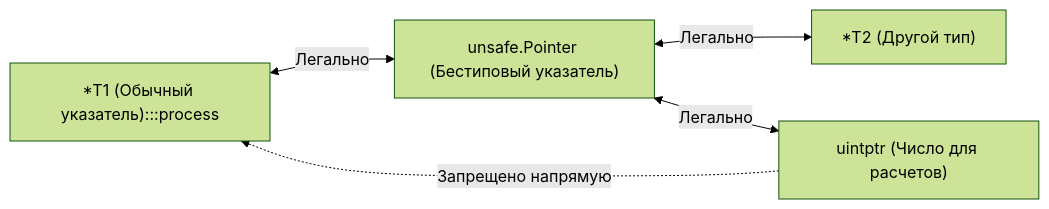
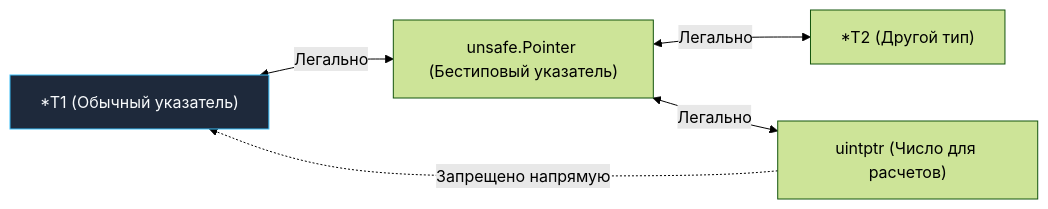
Before and after one commit to UnrealTemplier/go-textbook-ru: the first of 2 diagrams in sources/7. Глубокий Go (Внутреннее устройство)/38. Unsafe.Pointer и нарушение гарантий языка.md, drawn with Mermaid (forest theme). The commit also changed 166 other files, not shown here.

First line of the commit message:
fix(mermaid): move :::class out of quoted node labels

````diff
--- a/sources/7. Глубокий Go (Внутреннее устройство)/38. Unsafe.Pointer и нарушение гарантий языка.md
+++ b/sources/7. Глубокий Go (Внутреннее устройство)/38. Unsafe.Pointer и нарушение гарантий языка.md
@@ -17,17 +17,17 @@
 ```mermaid
 flowchart LR
     classDef process  fill:#1e293b,stroke:#38bdf8,stroke-width:1px,color:#f8fafc
     classDef success  fill:#064e3b,stroke:#34d399,stroke-width:1px,color:#f8fafc
     classDef error    fill:#7f1d1d,stroke:#f87171,stroke-width:1px,color:#f8fafc
     classDef warning  fill:#78350f,stroke:#fbbf24,stroke-width:1px,color:#f8fafc
     classDef entry    fill:#1e3a5f,stroke:#38bdf8,stroke-width:2px,color:#f8fafc
     classDef aux      fill:#334155,stroke:#64748b,stroke-width:1px,color:#f8fafc
     classDef system   fill:#312e81,stroke:#a78bfa,stroke-width:1px,color:#f8fafc
     classDef data     fill:#132d29,stroke:#2dd4bf,stroke-width:1px,color:#f8fafc
     classDef network  fill:#881337,stroke:#fb7185,stroke-width:1px,color:#f8fafc
     classDef accent   fill:#1e1b4b,stroke:#818cf8,stroke-width:1px,color:#f8fafc
-    P1["*T1 (Обычный указатель):::process"] <-->|"Легально"| UP["unsafe.Pointer (Бестиповый указатель)"]
+    P1["*T1 (Обычный указатель)"]:::process <-->|"Легально"| UP["unsafe.Pointer (Бестиповый указатель)"]
     UP <-->|"Легально"| P2["*T2 (Другой тип)"]
     UP <-->|"Легально"| UI["uintptr (Число для расчетов)"]
     UI -.->|"Запрещено напрямую"| P1
 ```
````
